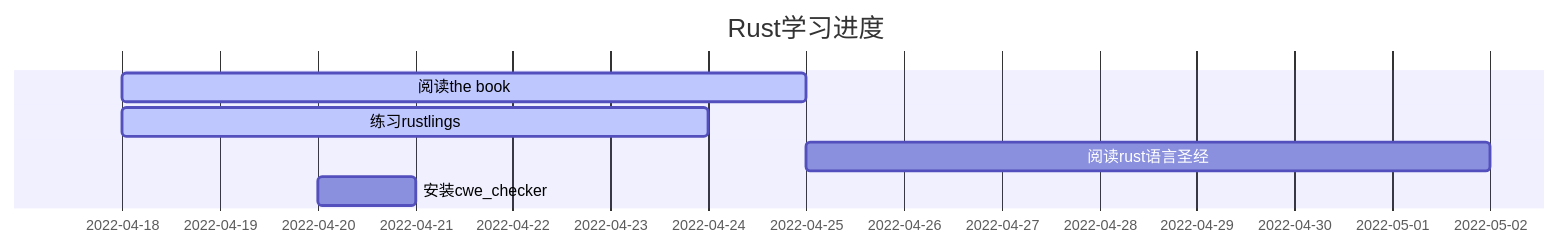
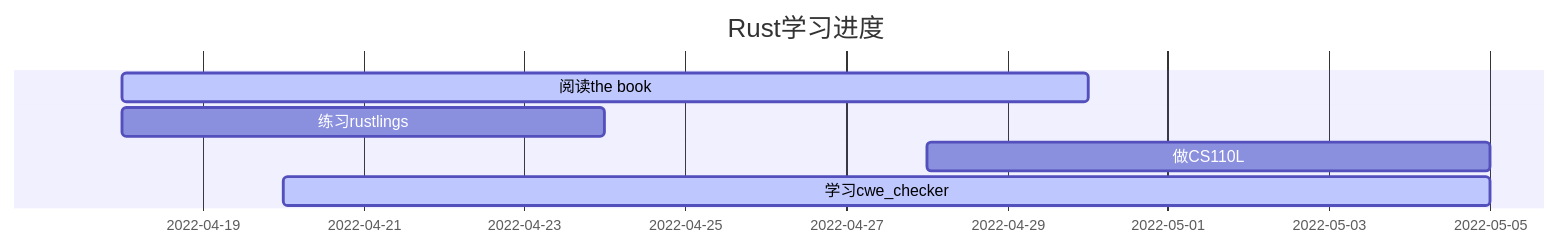
The diagram in _posts/2022-04-20-Rust-learning-record.md (x14ngch3n/x14ngch3n.github.io), drawn with Mermaid before and after one commit. The commit also changed other lines of this file and 3 other files, not shown here.

Commit message:
update cwe_checker add urls to rust create a new post

````diff
--- a/_posts/2022-04-20-Rust-learning-record.md
+++ b/_posts/2022-04-20-Rust-learning-record.md
@@ -54,9 +59,9 @@
 ```mermaid
 gantt
   title  Rust学习进度
   dateFormat YYYY-MM-DD
-  阅读the book: active, p1, 2022-04-18, 7d
-  练习rustlings: active, p2, 2022-04-18, 6d
-  阅读rust语言圣经: p3, after p1, 7d
-  安装cwe_checker: , 2022-04-20, 1d
+  阅读the book: active, thebook, 2022-04-18, 12d
+  练习rustlings: rustlings, 2022-04-18, 6d
+  做CS110L: cs110l, 2022-04-28, 7d
+  学习cwe_checker: active, cwe, 2022-04-20, 15d
 ```
````
